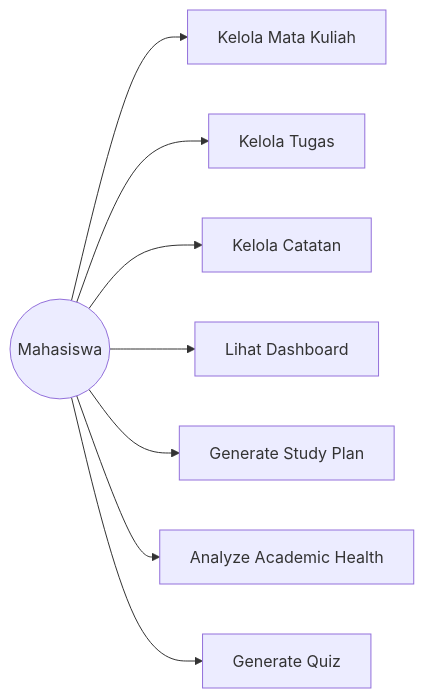
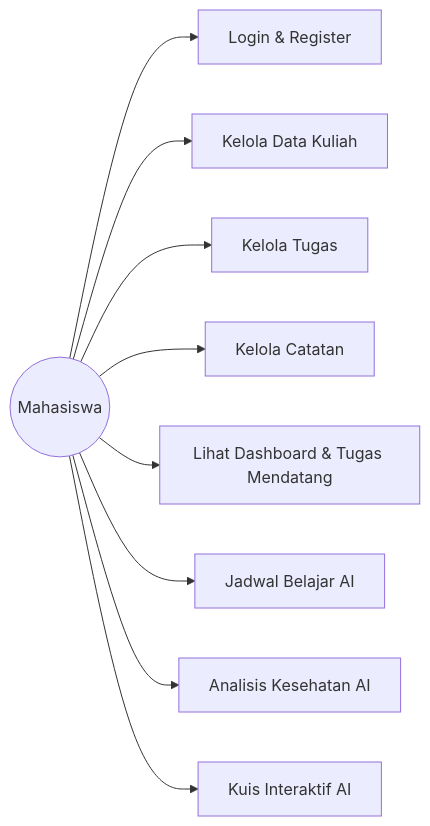
The first of 2 diagrams in SRS.md (RifkiFrds/umt-academic-asisstant), drawn with Mermaid before and after one commit. The commit also changed other lines of this file and 8 other files, not shown here.

````diff
--- a/SRS.md
+++ b/SRS.md
@@ -257,21 +128,23 @@
 ```mermaid
 flowchart LR
 
 User((Mahasiswa))
 
-UC1[Kelola Mata Kuliah]
-UC2[Kelola Tugas]
-UC3[Kelola Catatan]
-UC4[Lihat Dashboard]
-UC5[Generate Study Plan]
-UC6[Analyze Academic Health]
-UC7[Generate Quiz]
+UC1[Login & Register]
+UC2[Kelola Data Kuliah]
+UC3[Kelola Tugas]
+UC4[Kelola Catatan]
+UC5[Lihat Dashboard & Tugas Mendatang]
+UC6[Jadwal Belajar AI]
+UC7[Analisis Kesehatan AI]
+UC8[Kuis Interaktif AI]
 
 User --> UC1
 User --> UC2
 User --> UC3
 User --> UC4
 User --> UC5
 User --> UC6
 User --> UC7
+User --> UC8
 ```
````
